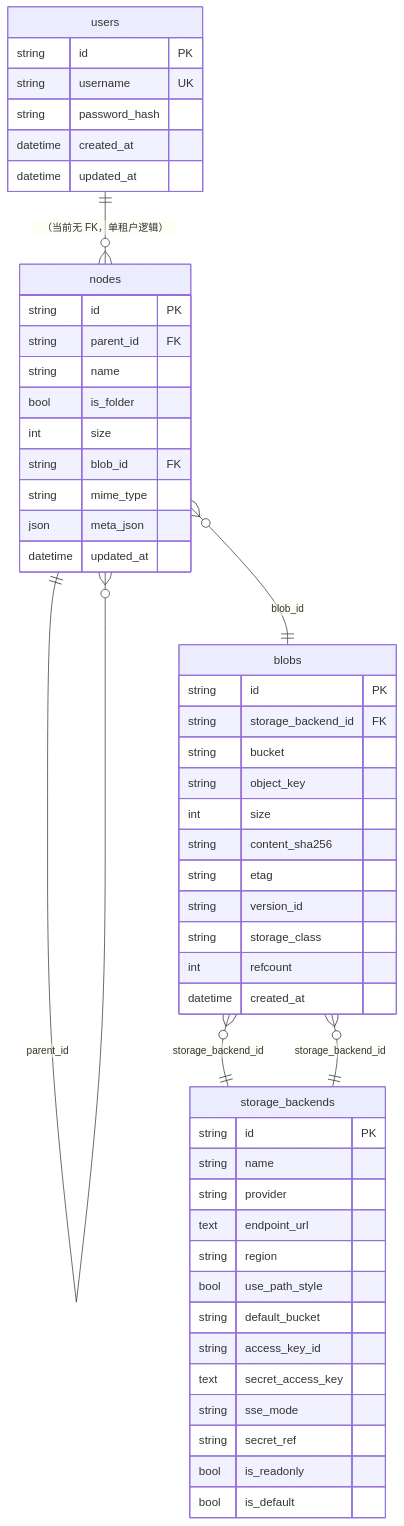
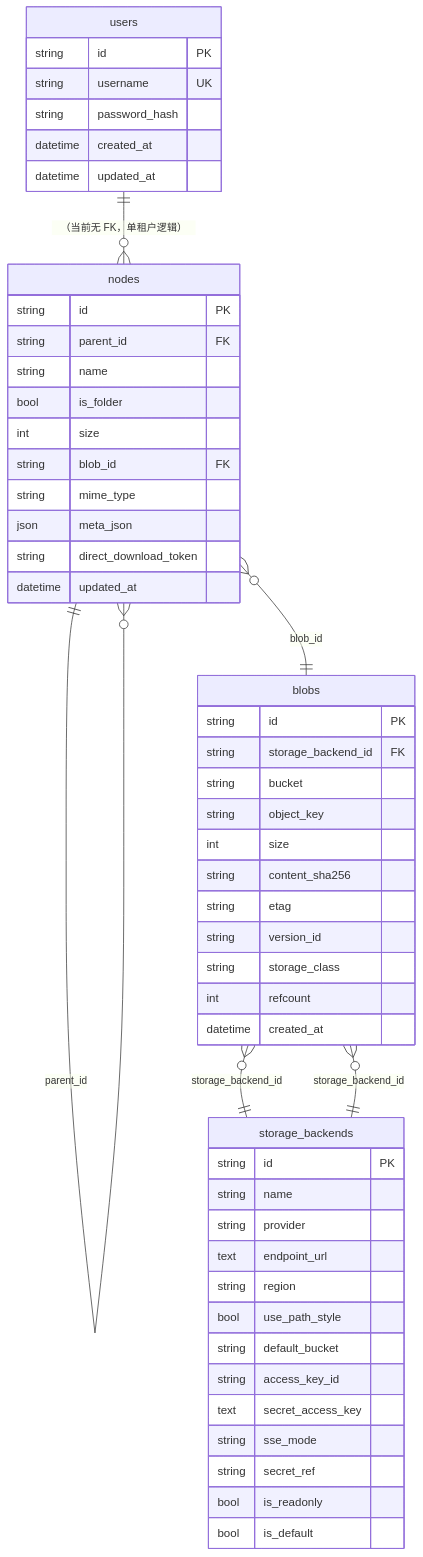
The diagram in docs/DATABASE.md (GeraltWu/zerodrive), drawn with Mermaid before and after one commit. The commit also changed other lines of this file and 28 other files, not shown here.

````diff
--- a/docs/DATABASE.md
+++ b/docs/DATABASE.md
@@ -41,58 +41,59 @@
 ```mermaid
 erDiagram
     users ||--o{ nodes : "（当前无 FK，单租户逻辑）"
     nodes ||--o{ nodes : "parent_id"
     nodes }o--|| blobs : "blob_id"
     storage_backends ||--o{ blobs : "storage_backend_id"
     blobs }o--|| storage_backends : "storage_backend_id"
 
     users {
         string id PK
         string username UK
         string password_hash
         datetime created_at
         datetime updated_at
     }
 
     nodes {
         string id PK
         string parent_id FK
         string name
         bool is_folder
         int size
         string blob_id FK
         string mime_type
         json meta_json
+        string direct_download_token
         datetime updated_at
     }
 
     storage_backends {
         string id PK
         string name
         string provider
         text endpoint_url
         string region
         bool use_path_style
         string default_bucket
         string access_key_id
         text secret_access_key
         string sse_mode
         string secret_ref
         bool is_readonly
         bool is_default
     }
 
     blobs {
         string id PK
         string storage_backend_id FK
         string bucket
         string object_key
         int size
         string content_sha256
         string etag
         string version_id
         string storage_class
         int refcount
         datetime created_at
     }
 ```
````
